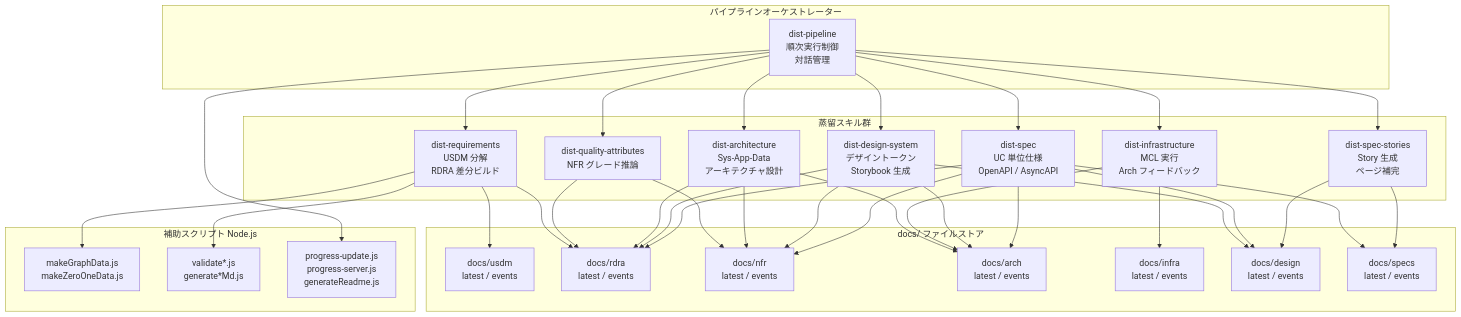
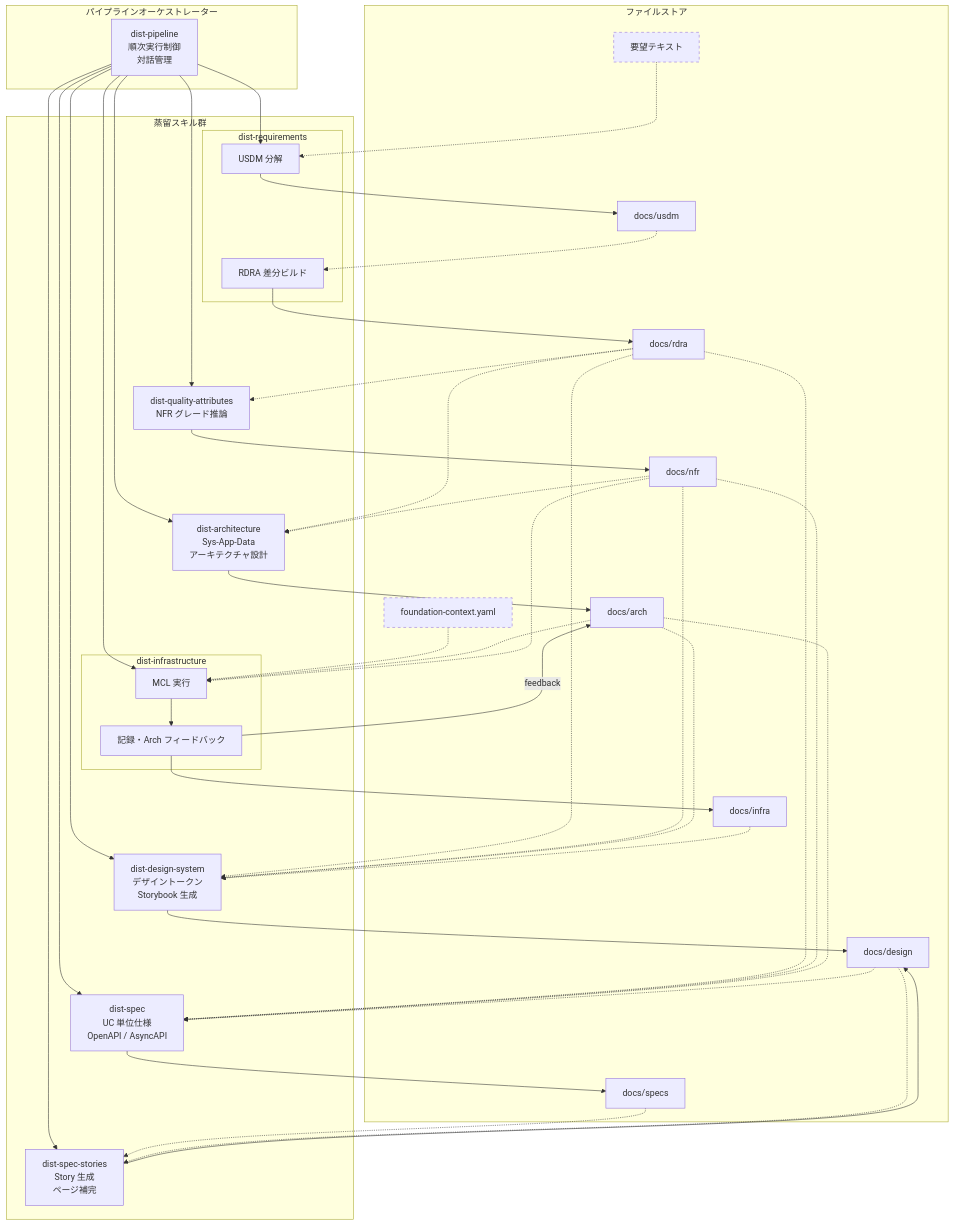
Before and after one commit to suwa-sh/zenn-contents: the fourth of 14 diagrams in articles/distillery_20260521.md, drawn with Mermaid. The commit also changed other lines of this file and 1 other file, not shown here.

````diff
--- a/articles/distillery_20260521.md
+++ b/articles/distillery_20260521.md
@@ -177,59 +177,69 @@
 ```mermaid
 graph TD
     subgraph pipeline_orchestrator["パイプラインオーケストレーター"]
         P["dist-pipeline<br/>順次実行制御<br/>対話管理"]
     end
     subgraph skills["蒸留スキル群"]
-        S1["dist-requirements<br/>USDM 分解<br/>RDRA 差分ビルド"]
+        subgraph S1["dist-requirements"]
+            S1A["USDM 分解"]
+            S1B["RDRA 差分ビルド"]
+        end
         S2["dist-quality-attributes<br/>NFR グレード推論"]
         S3["dist-architecture<br/>Sys-App-Data<br/>アーキテクチャ設計"]
-        S4["dist-infrastructure<br/>MCL 実行<br/>Arch フィードバック"]
+        subgraph S4["dist-infrastructure"]
+            S4A["MCL 実行"]
+            S4B["記録・Arch フィードバック"]
+        end
         S5["dist-design-system<br/>デザイントークン<br/>Storybook 生成"]
         S6["dist-spec<br/>UC 単位仕様<br/>OpenAPI / AsyncAPI"]
         S7["dist-spec-stories<br/>Story 生成<br/>ページ補完"]
     end
-    subgraph docstore["docs/ ファイルストア"]
-        D1["docs/usdm<br/>latest / events"]
-        D2["docs/rdra<br/>latest / events"]
-        D3["docs/nfr<br/>latest / events"]
-        D4["docs/arch<br/>latest / events"]
-        D5["docs/infra<br/>latest / events"]
-        D6["docs/design<br/>latest / events"]
-        D7["docs/specs<br/>latest / events"]
+    subgraph docstore["ファイルストア"]
+        E1["要望テキスト"]
+        D1["docs/usdm"]
+        D2["docs/rdra"]
+        D3["docs/nfr"]
+        D4["docs/arch"]
+        D5["docs/infra"]
+        D6["docs/design"]
+        D7["docs/specs"]
+        E2["foundation-context.yaml"]
     end
-    subgraph scripts["補助スクリプト Node.js"]
-        N1["makeGraphData.js<br/>makeZeroOneData.js"]
-        N2["validate*.js<br/>generate*Md.js"]
-        N3["progress-update.js<br/>progress-server.js<br/>generateReadme.js"]
-    end
-    P --> S1
+    classDef external stroke-dasharray: 5 5
+    class E1,E2 external
+    E1 -.-> S1A
+    E2 -.-> S4A
+    P --> S1A
     P --> S2
     P --> S3
-    P --> S4
+    P --> S4A
     P --> S5
     P --> S6
     P --> S7
-    S1 --> D1
-    S1 --> D2
-    S2 --> D2
+    S1A --> D1
+    D1 -.-> S1B
+    S1B --> D2
     S2 --> D3
-    S3 --> D2
-    S3 --> D3
     S3 --> D4
-    S4 --> D4
-    S4 --> D5
-    S5 --> D2
-    S5 --> D3
-    S5 --> D4
+    S4A --> S4B
+    S4B --> D5
+    S4B -->|"feedback"| D4
     S5 --> D6
-    S6 --> D2
-    S6 --> D3
-    S6 --> D4
-    S6 --> D6
     S6 --> D7
     S7 --> D6
-    S7 --> D7
-    S1 --> N1
-    S1 --> N2
-    P --> N3
+    D2 -.-> S2
+    D2 -.-> S3
+    D3 -.-> S3
+    D4 -.-> S4A
+    D3 -.-> S4A
+    D2 -.-> S5
+    D3 -.-> S5
+    D4 -.-> S5
+    D5 -.-> S5
+    D2 -.-> S6
+    D3 -.-> S6
+    D4 -.-> S6
+    D6 -.-> S6
+    D7 -.-> S7
+    D6 -.-> S7
 ```
````
